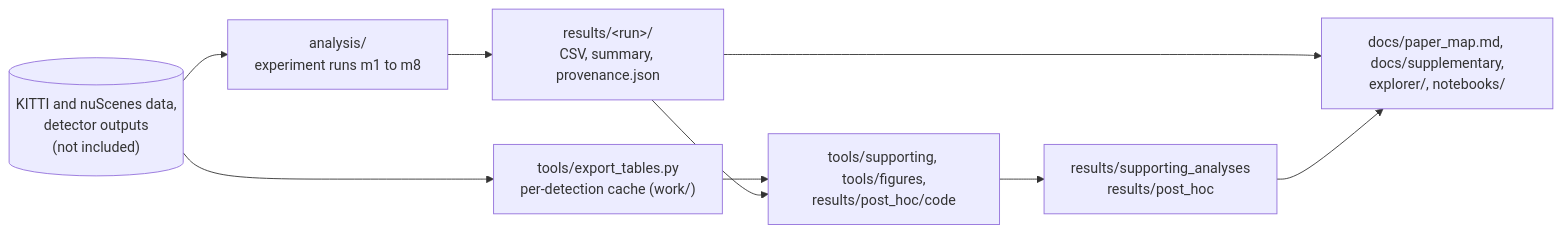
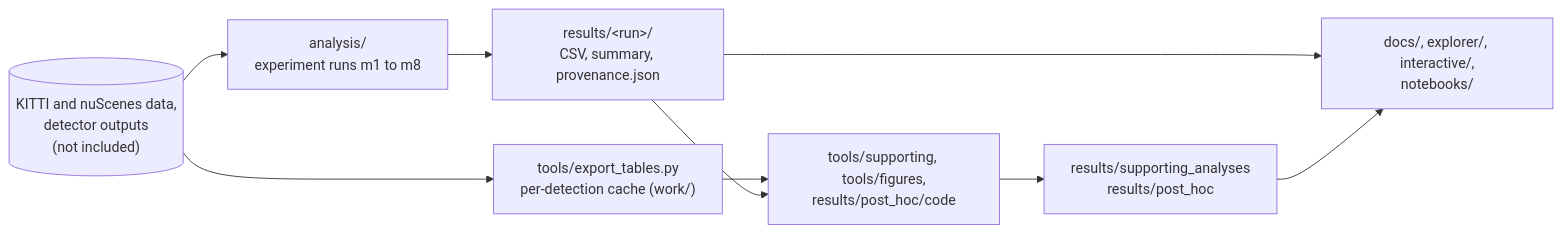
One commit to milinpatel07/lidar-performance-target-applicability changed the second of 2 diagrams in README.md. Above: the diagram before and after it, drawn with Mermaid. The commit also changed other lines of this file and 81 other files, not shown here.

Commit message:
Add concept page, guides, interactive pages, Python package and detector provenance; align terms with the submitted paper

````diff
--- a/README.md
+++ b/README.md
@@ -93,11 +107,11 @@
 ```mermaid
 flowchart LR
   D[("KITTI and nuScenes data,<br/>detector outputs<br/>(not included)")] --> A["analysis/<br/>experiment runs m1 to m8"]
   A --> R["results/&lt;run&gt;/<br/>CSV, summary, provenance.json"]
   D --> X["tools/export_tables.py<br/>per-detection cache (work/)"]
   X --> T["tools/supporting, tools/figures,<br/>results/post_hoc/code"]
   R --> T
   T --> S["results/supporting_analyses<br/>results/post_hoc"]
-  R --> V["docs/paper_map.md, docs/supplementary,<br/>explorer/, notebooks/"]
+  R --> V["docs/, explorer/, interactive/,<br/>notebooks/"]
   S --> V
 ```
````
